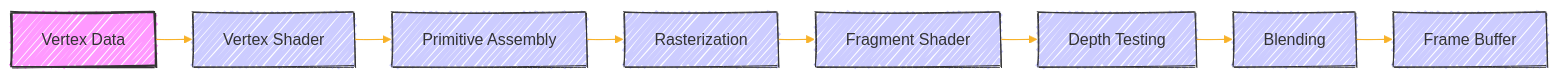
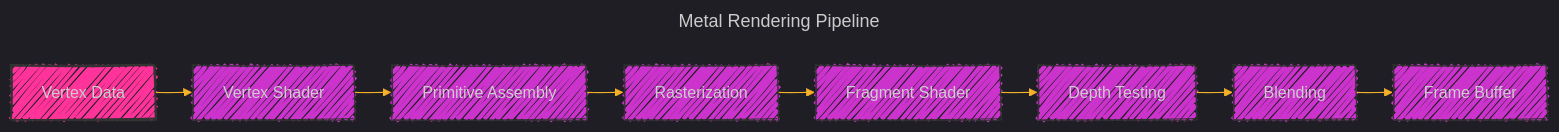
The sixth of 8 diagrams in Documentation_Consolidated_Version_Draft_2.md (CongLeSolutionX/Metal-Primitives), drawn with Mermaid before and after one commit. The commit also changed other lines of this file, not shown here.

````diff
--- a/Documentation_Consolidated_Version_Draft_2.md
+++ b/Documentation_Consolidated_Version_Draft_2.md
@@ -408,36 +421,40 @@
 ```mermaid
+---
+title: Metal Rendering Pipeline
+config:
+  layout: elk
+  look: handDrawn
+  theme: dark
+---
 %%{
   init: {
-    'theme': 'default',
-    'layout': 'elk',
-    'look': 'handDrawn',
     'fontFamily': 'verdana',
     'themeVariables': {
       'primaryColor': '#BB2528',
-      'primaryTextColor': '#fff',
+      'primaryTextColor': '#f529',
       'primaryBorderColor': '#7C0000',
       'lineColor': '#F8B229',
       'secondaryColor': '#006100',
       'tertiaryColor': '#fff'
     }
   }
 }%%
 graph LR
     A[Vertex Data] --> B[Vertex Shader]
     B --> C[Primitive Assembly]
     C --> D[Rasterization]
     D --> E[Fragment Shader]
     E --> F[Depth Testing]
     F --> G[Blending]
     G --> H[Frame Buffer]
 
-    style A fill:#f9f,stroke:#333,stroke-width:2px
-    style B fill:#ccf,stroke:#333,stroke-width:1px
-    style C fill:#ccf,stroke:#333,stroke-width:1px
-    style D fill:#ccf,stroke:#333,stroke-width:1px
-    style E fill:#ccf,stroke:#333,stroke-width:1px
-    style F fill:#ccf,stroke:#333,stroke-width:1px
-    style G fill:#ccf,stroke:#333,stroke-width:1px
-    style H fill:#ccf,stroke:#333,stroke-width:1px
+    style A fill:#f39f,stroke:#333,stroke-width:2px
+    style B fill:#c3cf,stroke:#333,stroke-width:1px
+    style C fill:#c3cf,stroke:#333,stroke-width:1px
+    style D fill:#c3cf,stroke:#333,stroke-width:1px
+    style E fill:#c3cf,stroke:#333,stroke-width:1px
+    style F fill:#c3cf,stroke:#333,stroke-width:1px
+    style G fill:#c3cf,stroke:#333,stroke-width:1px
+    style H fill:#c3cf,stroke:#333,stroke-width:1px
 
 ```
````
